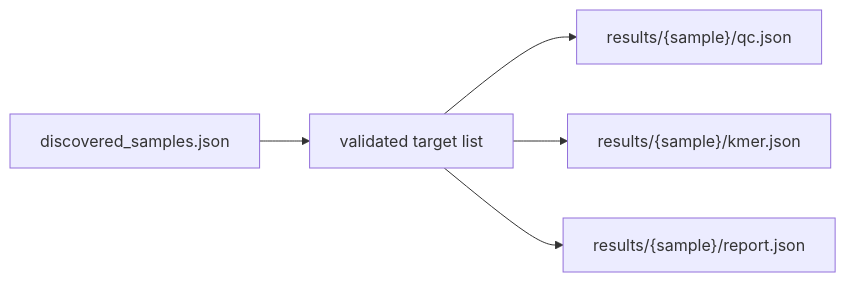
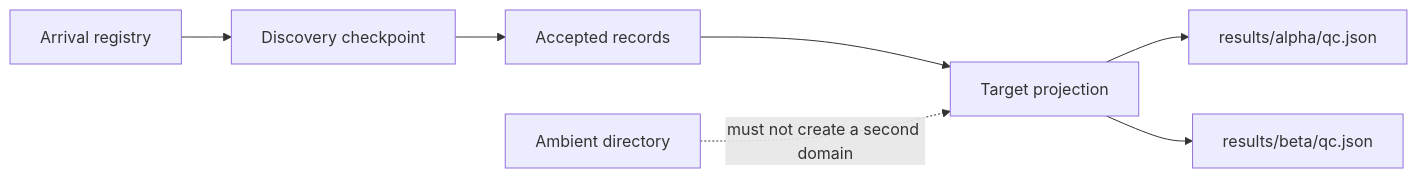
Before and after one commit to bijux/bijux-masterclass: the second of 2 diagrams in programs/reproducible-research/deep-dive-snakemake/course-book/module-02-dynamic-dags-discovery-integrity/wildcard-domains-and-fanout-control.md, drawn with Mermaid. The commit also changed other lines of this file, not shown here.

Commit message:
docs(snakemake): derive fanout from accepted records

````diff
--- a/programs/reproducible-research/deep-dive-snakemake/course-book/module-02-dynamic-dags-discovery-integrity/wildcard-domains-and-fanout-control.md
+++ b/programs/reproducible-research/deep-dive-snakemake/course-book/module-02-dynamic-dags-discovery-integrity/wildcard-domains-and-fanout-control.md
@@ -220,7 +153,9 @@
 ```mermaid
 flowchart LR
-  discovery["discovered_samples.json"] --> targets["validated target list"]
-  targets --> qc["results/{sample}/qc.json"]
-  targets --> kmer["results/{sample}/kmer.json"]
-  targets --> report["results/{sample}/report.json"]
+  registry["Arrival registry"] --> checkpoint["Discovery checkpoint"]
+  checkpoint --> accepted["Accepted records"]
+  accepted --> projection["Target projection"]
+  projection --> alpha["results/alpha/qc.json"]
+  projection --> beta["results/beta/qc.json"]
+  directory["Ambient directory"] -.must not create a second domain.-> projection
 ```
````
